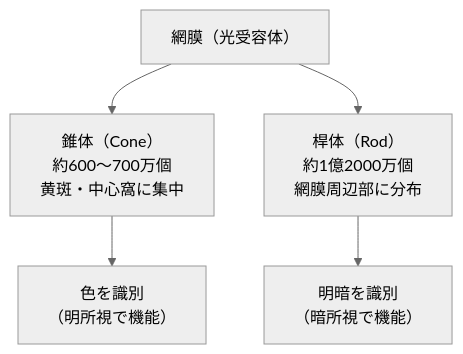
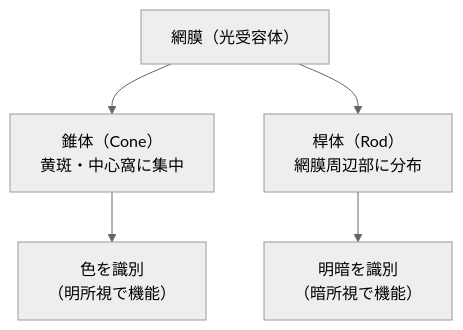
Before and after one commit to ozaki25/color-coordination-training-ozaki25: the first of 2 diagrams in docs/lessons/lesson07/index.md, drawn with Mermaid (neutral theme). The commit also changed other lines of this file and 8 other files, not shown here.

````diff
--- a/docs/lessons/lesson07/index.md
+++ b/docs/lessons/lesson07/index.md
@@ -81,8 +79,8 @@
 ```mermaid
 graph TD
     網膜["網膜（光受容体）"]
-    網膜 --> 錐体["錐体（Cone）\n約600〜700万個\n黄斑・中心窩に集中"]
-    網膜 --> 桿体["桿体（Rod）\n約1億2000万個\n網膜周辺部に分布"]
+    網膜 --> 錐体["錐体（Cone）\n黄斑・中心窩に集中"]
+    網膜 --> 桿体["桿体（Rod）\n網膜周辺部に分布"]
     錐体 --> 色覚["色を識別\n（明所視で機能）"]
     桿体 --> 明暗["明暗を識別\n（暗所視で機能）"]
 ```
````
